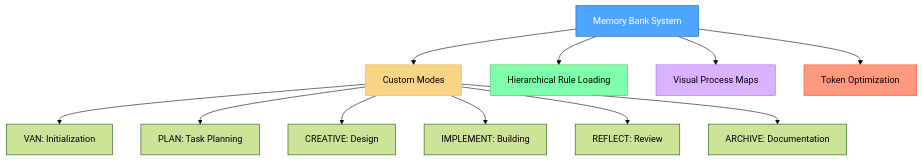
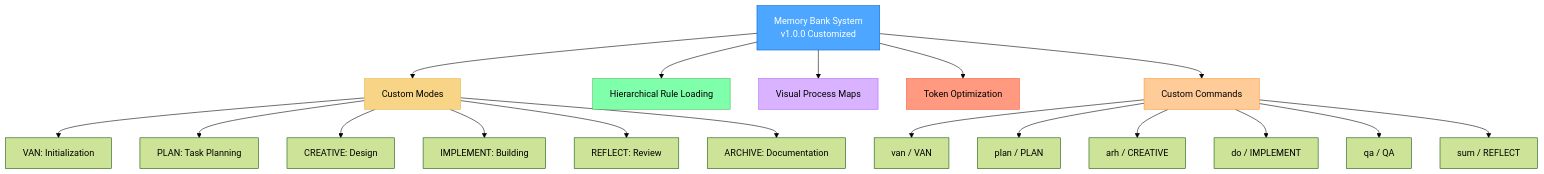
The first of 2 diagrams in README.md (warking94/macrotrader), drawn with Mermaid (forest theme) before and after one commit. The commit also changed other lines of this file and 6 other files, not shown here.

First line of the commit message:
Add command customization: van, plan, arh, do, qa, sum

````diff
--- a/README.md
+++ b/README.md
@@ -5,20 +5,29 @@
 ```mermaid
 graph TD
-    Main["Memory Bank System"] --> Modes["Custom Modes"]
+    Main["Memory Bank System<br>v1.0.0 Customized"] --> Modes["Custom Modes"]
     Main --> Rules["Hierarchical Rule Loading"]
     Main --> Visual["Visual Process Maps"]
     Main --> Token["Token Optimization"]
+    Main --> Custom["Custom Commands"]
     
     Modes --> VAN["VAN: Initialization"]
     Modes --> PLAN["PLAN: Task Planning"]
     Modes --> CREATIVE["CREATIVE: Design"]
     Modes --> IMPLEMENT["IMPLEMENT: Building"]
     Modes --> REFLECT["REFLECT: Review"]
     Modes --> ARCHIVE["ARCHIVE: Documentation"]
     
+    Custom --> VanCmd["van / VAN"]
+    Custom --> PlanCmd["plan / PLAN"]
+    Custom --> CreativeCmd["arh / CREATIVE"]
+    Custom --> ImplementCmd["do / IMPLEMENT"]
+    Custom --> QACmd["qa / QA"]
+    Custom --> ReflectCmd["sum / REFLECT"]
+    
     style Main fill:#4da6ff,stroke:#0066cc,color:white
     style Modes fill:#f8d486,stroke:#e8b84d,color:black
     style Rules fill:#80ffaa,stroke:#4dbb5f,color:black
     style Visual fill:#d9b3ff,stroke:#b366ff,color:black
     style Token fill:#ff9980,stroke:#ff5533,color:black
+    style Custom fill:#ffcc99,stroke:#ff9933,color:black
 ```
````
